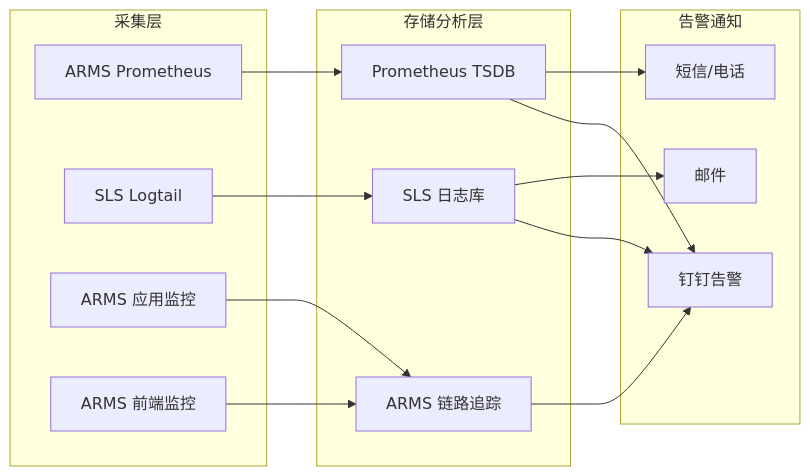
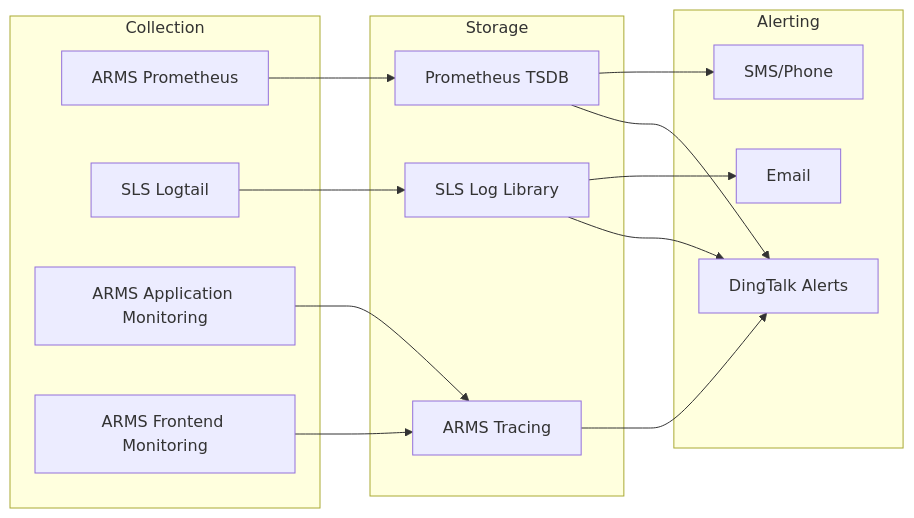
One commit to teaglebuilt/knowledge-tree changed the sixth of 6 diagrams in tree/application/architecture/cross-border-ecommerce.md. Above: the diagram before and after it, drawn with Mermaid. The commit also changed other lines of this file and 16 other files, not shown here.

````diff
--- a/tree/application/architecture/cross-border-ecommerce.md
+++ b/tree/application/architecture/cross-border-ecommerce.md
@@ -648,29 +439,29 @@
 ```mermaid
 graph LR
-    subgraph 采集层
+    subgraph Collection
         M1[ARMS Prometheus]
         M2[SLS Logtail]
-        M3[ARMS 应用监控]
-        M4[ARMS 前端监控]
+        M3[ARMS Application Monitoring]
+        M4[ARMS Frontend Monitoring]
     end
 
-    subgraph 存储分析层
+    subgraph Storage
         S1[Prometheus TSDB]
-        S2[SLS 日志库]
-        S3[ARMS 链路追踪]
+        S2[SLS Log Library]
+        S3[ARMS Tracing]
     end
 
-    subgraph 告警通知
-        A1[钉钉告警]
-        A2[短信/电话]
-        A3[邮件]
+    subgraph Alerting
+        A1[DingTalk Alerts]
+        A2[SMS/Phone]
+        A3[Email]
     end
 
     M1 --> S1
     M2 --> S2
     M3 --> S3
     M4 --> S3
     S1 --> A1 & A2
     S2 --> A1 & A3
     S3 --> A1
 ```
````
